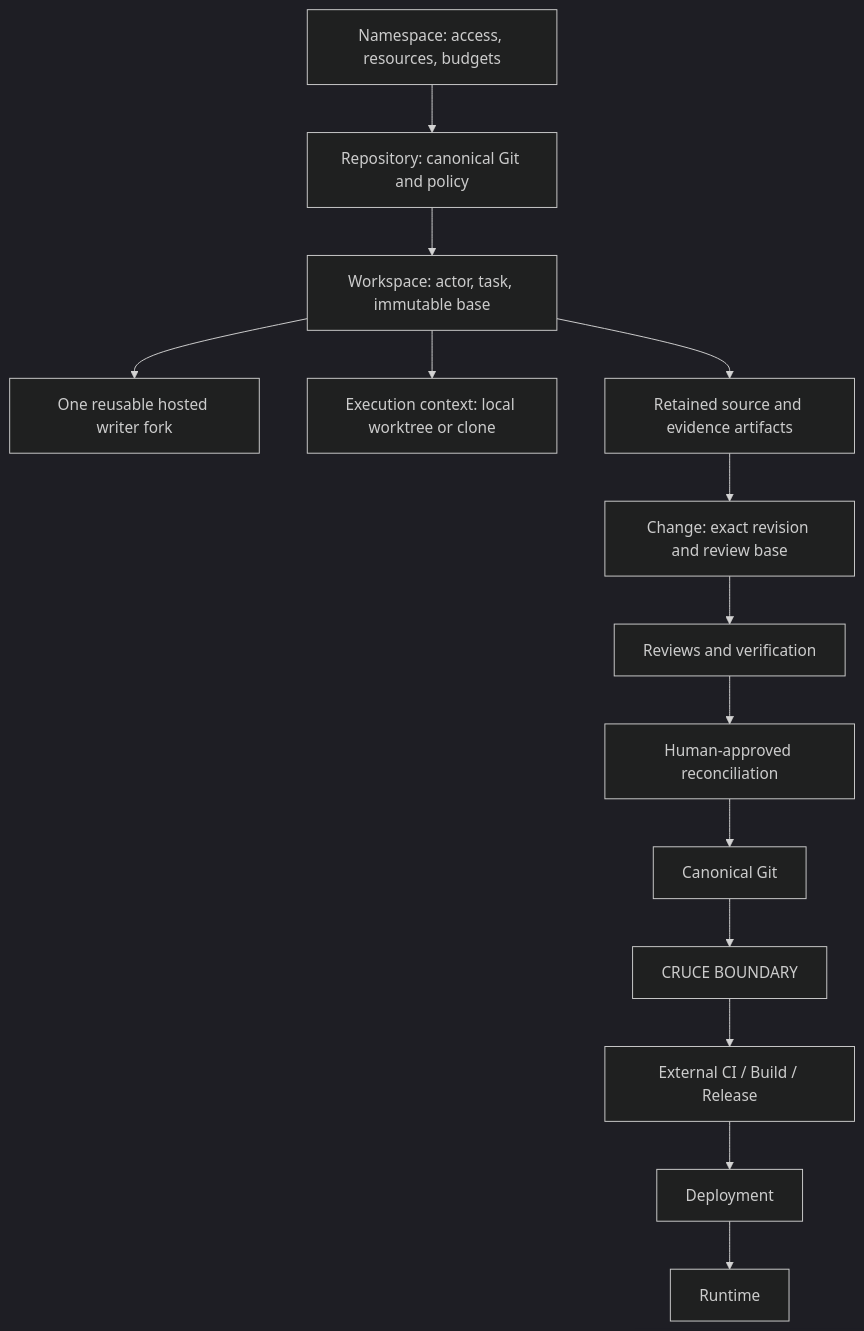
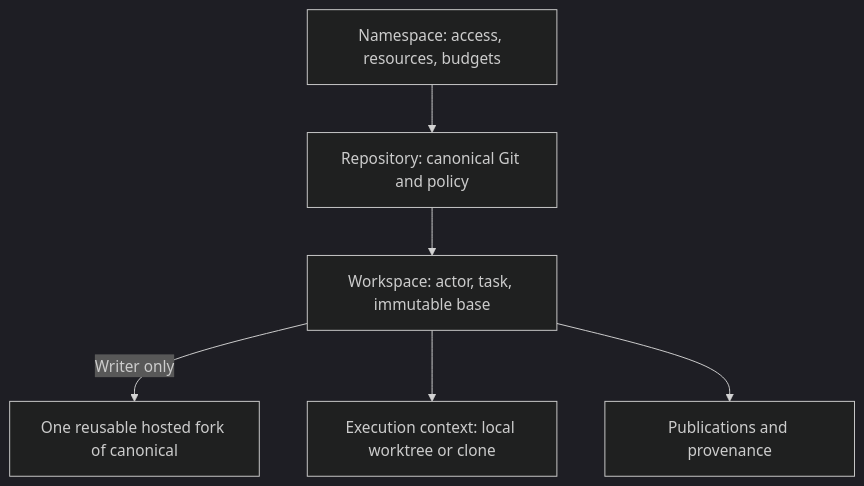
The first of 3 diagrams in docs/architecture.md (acltabontabon/cruce), drawn with Mermaid (dark theme) before and after one commit. The commit also changed other lines of this file and 12 other files, not shown here.

````diff
--- a/docs/architecture.md
+++ b/docs/architecture.md
@@ -9,16 +9,8 @@
 ```mermaid
 flowchart TD
     N[Namespace: access, resources, budgets] --> R[Repository: canonical Git and policy]
     R --> W[Workspace: actor, task, immutable base]
-    W --> F[One reusable hosted writer fork]
+    W -->|Writer only| F[One reusable hosted fork of canonical]
     W --> E[Execution context: local worktree or clone]
-    W --> A[Retained source and evidence artifacts]
-    A --> C[Change: exact revision and review base]
-    C --> V[Reviews and verification]
-    V --> P[Human-approved reconciliation]
-    P --> G[Canonical Git]
-    G --> X[CRUCE BOUNDARY]
-    X --> CI[External CI / Build / Release]
-    CI --> D[Deployment]
-    D --> RT[Runtime]
+    W --> A[Publications and provenance]
 ```
````
